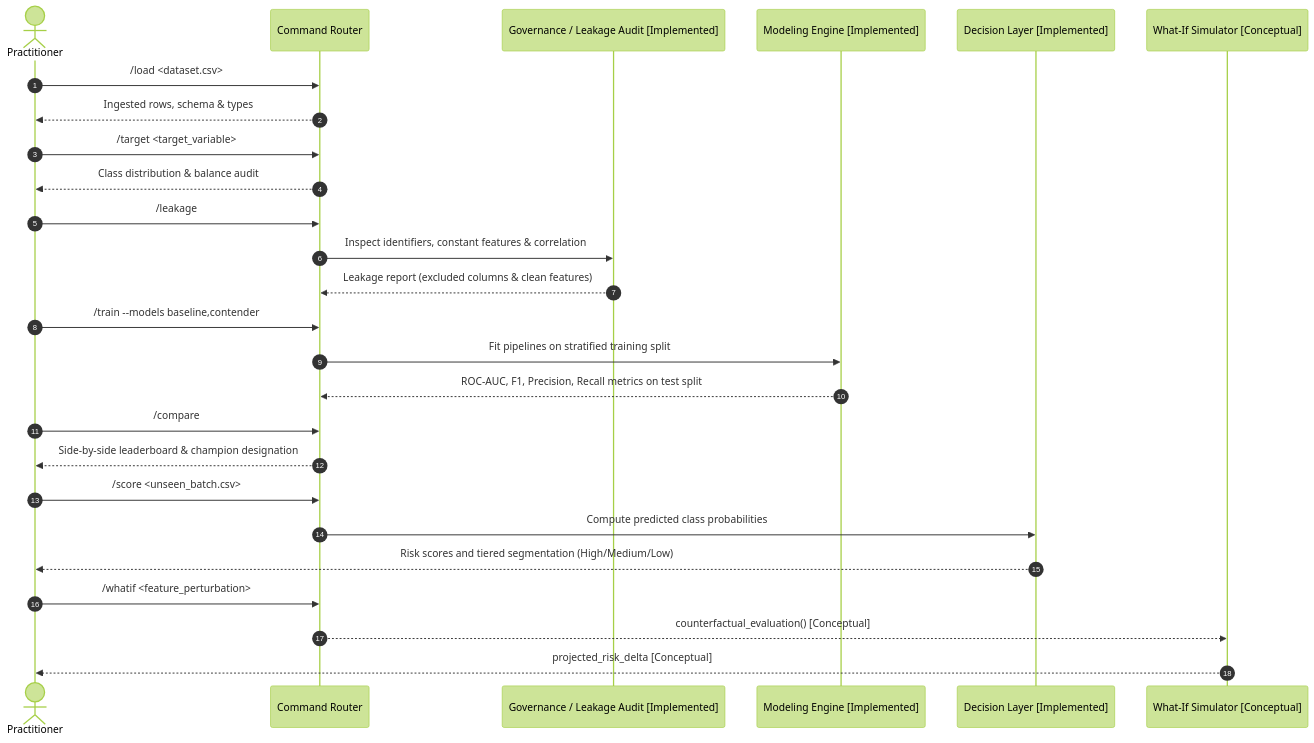
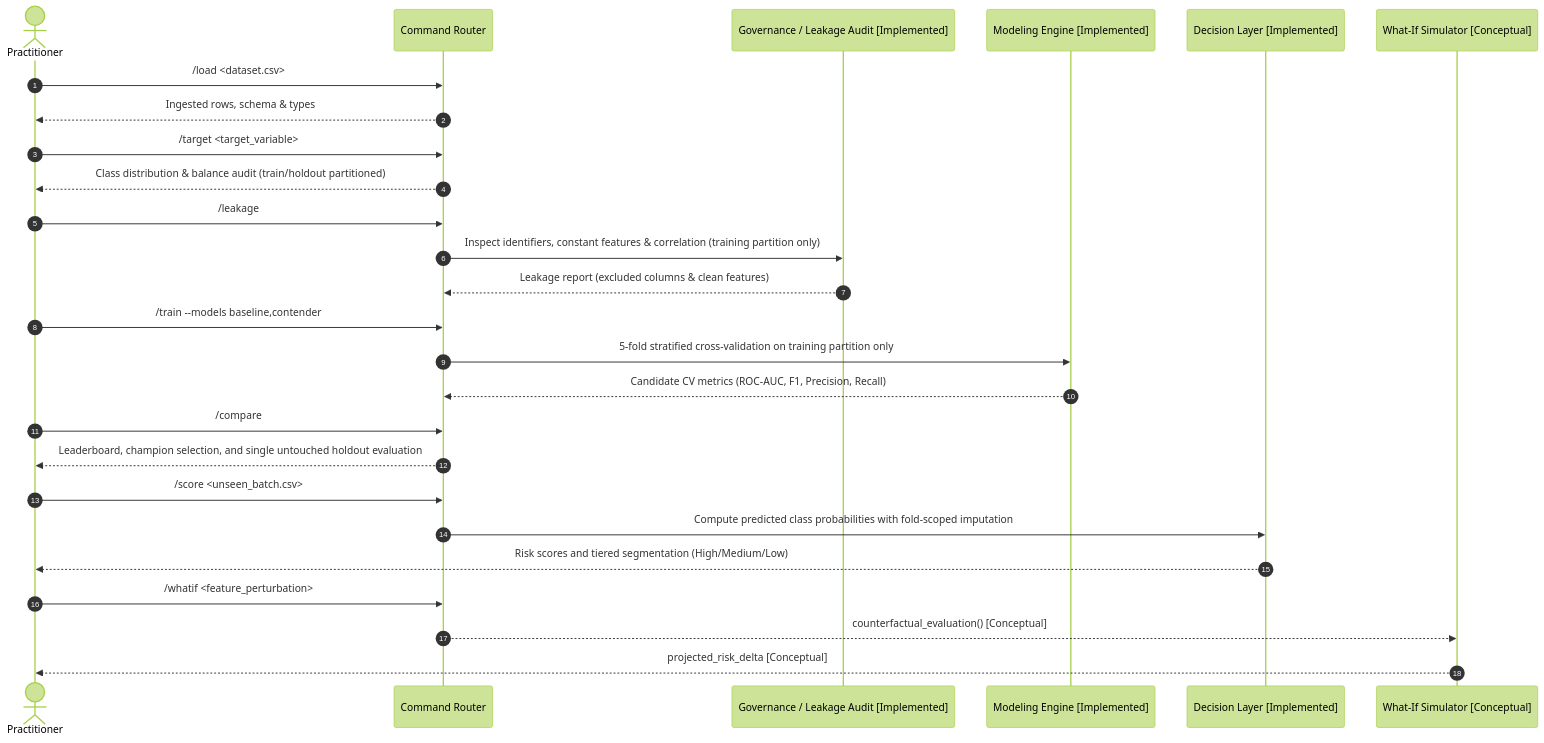
Before and after one commit to DanteBurbano27/asuna-ml-agent: the second of 2 diagrams in README.md, drawn with Mermaid (forest theme). The commit also changed other lines of this file and 4 other files, not shown here.

Commit message:
fix(statistical-integrity): isolate holdout partition, enforce training-only screening, 5-fold CV model selection, single holdout eval, and SimpleImputer

````diff
--- a/README.md
+++ b/README.md
@@ -73,29 +73,29 @@
 ```mermaid
 sequenceDiagram
     autonumber
     actor Dev as Practitioner
     participant CLI as Command Router
     participant Gov as Governance / Leakage Audit [Implemented]
     participant ML as Modeling Engine [Implemented]
     participant Dec as Decision Layer [Implemented]
     participant Sim as What-If Simulator [Conceptual]
 
     Dev->>CLI: /load <dataset.csv>
     CLI-->>Dev: Ingested rows, schema & types
     Dev->>CLI: /target <target_variable>
-    CLI-->>Dev: Class distribution & balance audit
+    CLI-->>Dev: Class distribution & balance audit (train/holdout partitioned)
     Dev->>CLI: /leakage
-    CLI->>Gov: Inspect identifiers, constant features & correlation
+    CLI->>Gov: Inspect identifiers, constant features & correlation (training partition only)
     Gov-->>CLI: Leakage report (excluded columns & clean features)
     Dev->>CLI: /train --models baseline,contender
-    CLI->>ML: Fit pipelines on stratified training split
-    ML-->>CLI: ROC-AUC, F1, Precision, Recall metrics on test split
+    CLI->>ML: 5-fold stratified cross-validation on training partition only
+    ML-->>CLI: Candidate CV metrics (ROC-AUC, F1, Precision, Recall)
     Dev->>CLI: /compare
-    CLI-->>Dev: Side-by-side leaderboard & champion designation
+    CLI-->>Dev: Leaderboard, champion selection, and single untouched holdout evaluation
     Dev->>CLI: /score <unseen_batch.csv>
-    CLI->>Dec: Compute predicted class probabilities
+    CLI->>Dec: Compute predicted class probabilities with fold-scoped imputation
     Dec-->>Dev: Risk scores and tiered segmentation (High/Medium/Low)
     Dev->>CLI: /whatif <feature_perturbation>
     CLI-->>Sim: counterfactual_evaluation() [Conceptual]
     Sim-->>Dev: projected_risk_delta [Conceptual]
 ```
````
